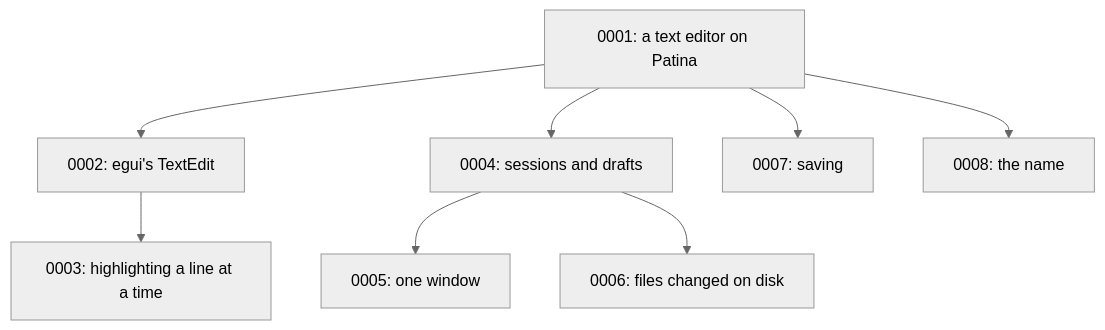
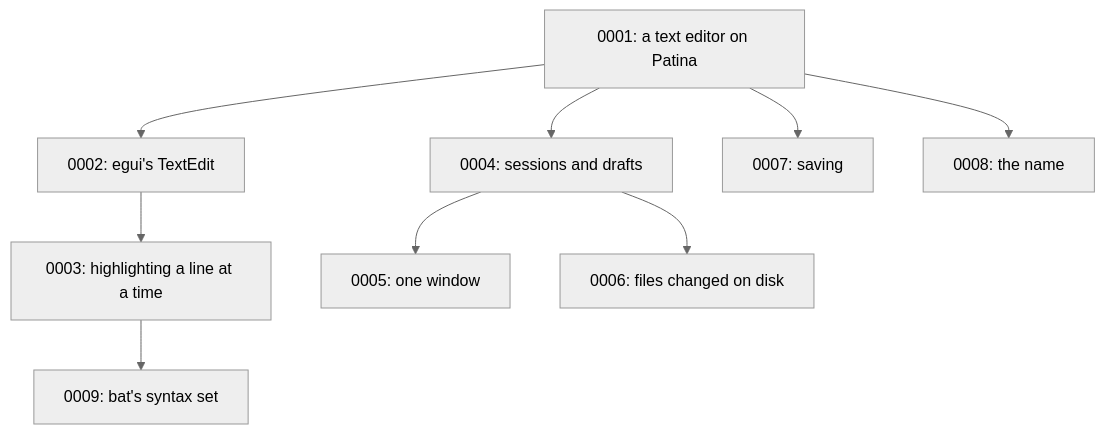
The diagram in editor/docs/adr/README.md (Sector-F-Labs/patina-desktop), drawn with Mermaid (neutral theme) before and after one commit. The commit also changed other lines of this file and 6 other files, not shown here.

````diff
--- a/editor/docs/adr/README.md
+++ b/editor/docs/adr/README.md
@@ -55,10 +56,11 @@
 ```mermaid
 flowchart TD
     A[0001: a text editor on Patina] --> B[0002: egui's TextEdit]
     B --> C[0003: highlighting a line at a time]
     A --> D[0004: sessions and drafts]
     D --> E[0005: one window]
     D --> F[0006: files changed on disk]
     A --> G[0007: saving]
     A --> H[0008: the name]
+    C --> I[0009: bat's syntax set]
 ```
````
